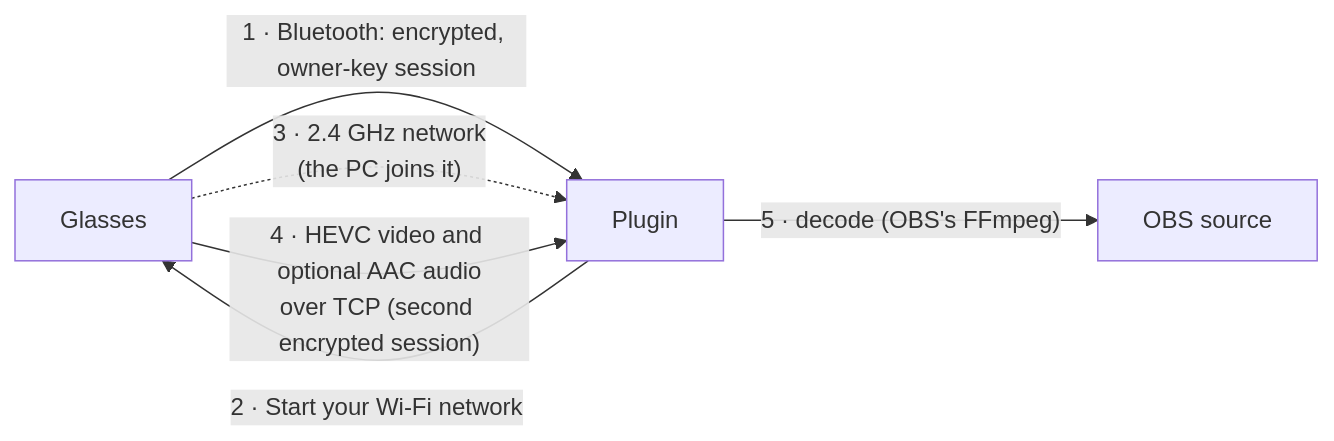
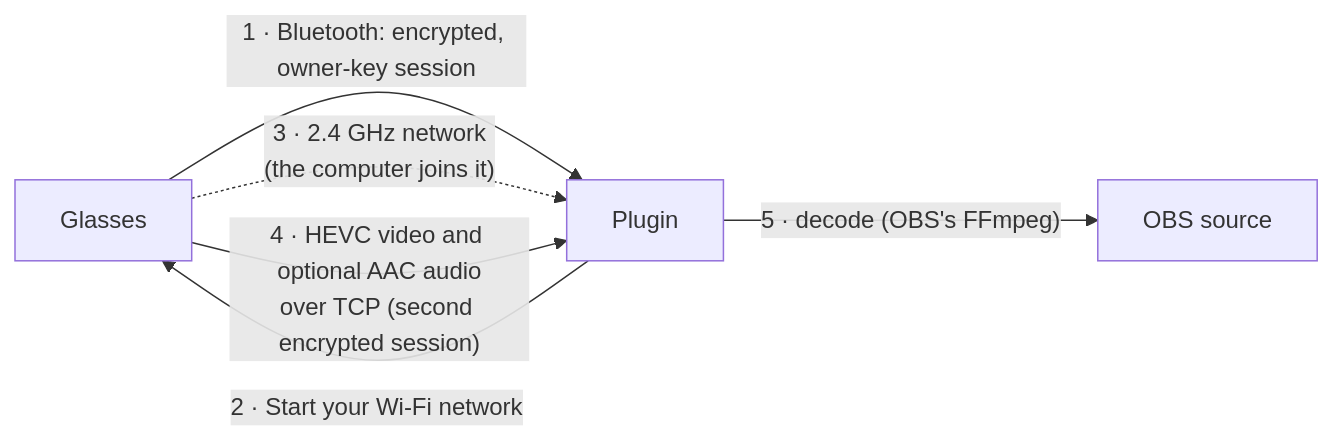
One commit to RandyNorthrup/meta-g-link-direct changed the diagram in README.md. Above: the diagram before and after it, drawn with Mermaid. The commit also changed other lines of this file and 133 other files, not shown here.

````diff
--- a/README.md
+++ b/README.md
@@ -182,8 +204,8 @@
 ```mermaid
 flowchart LR
     G["Glasses"] -- "1 · Bluetooth: encrypted, owner-key session" --> P["Plugin"]
     P -- "2 · Start your Wi-Fi network" --> G
-    G -. "3 · 2.4 GHz network<br/>(the PC joins it)" .-> P
+    G -. "3 · 2.4 GHz network<br/>(the computer joins it)" .-> P
     G -- "4 · HEVC video and optional AAC audio<br/>over TCP (second encrypted session)" --> P
     P -- "5 · decode (OBS's FFmpeg)" --> O["OBS source"]
 ```
````
